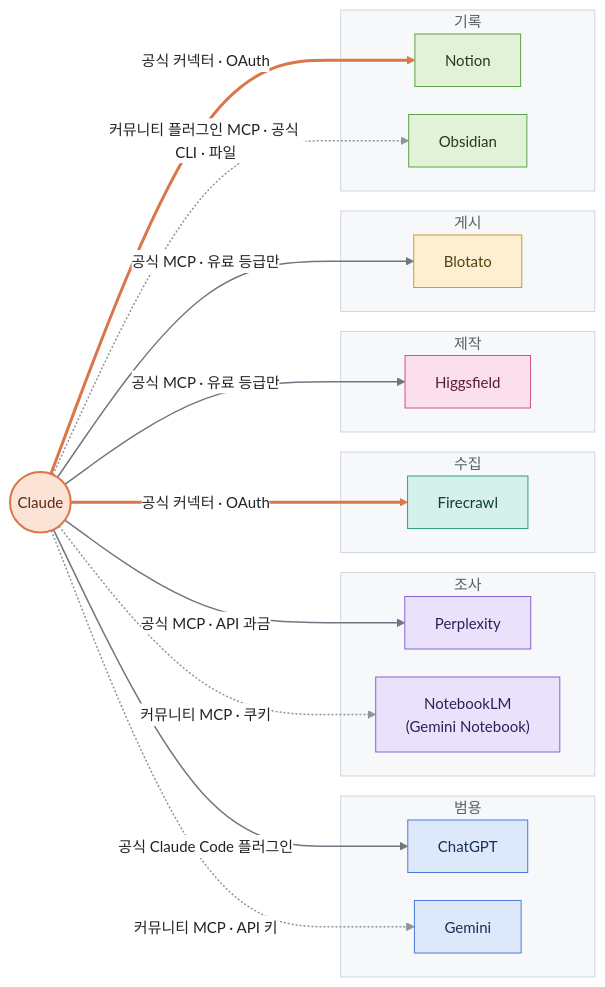
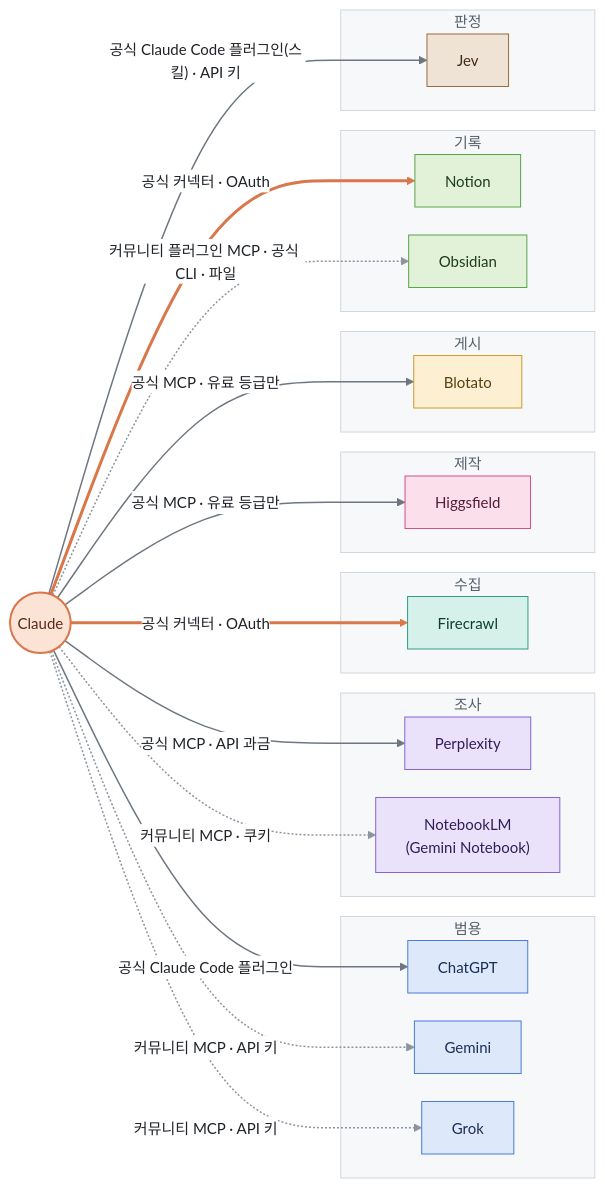
Before and after one commit to Ruminem/ai-crew-atlas: the first of 3 diagrams in TOOLS.md, drawn with Mermaid. The commit also changed other lines of this file and 5 other files, not shown here.

Commit message:
Grok 과 Jev 항목을 새로 넣음. Grok 은 범용 칸에 두고 X 게시물 실시간 검색을 클로드의 빈자리로 더했고, 글 대신 선택지·점수·확률만 돌려주는 Jev 는 새 역할 판정(갈색)으로 둠. 목차·한눈에 보기·관계도·앞뒤 단추·빌드 기대 개수(12)·README·CHANGELOG·조사 시간 표를 같이 고침

````diff
--- a/TOOLS.md
+++ b/TOOLS.md
@@ -36,55 +37,63 @@
 ```mermaid
 %%{init: {"theme": "base", "themeVariables": {"fontSize": "15px", "primaryTextColor": "#1F2328", "textColor": "#1F2328", "lineColor": "#8C959F", "edgeLabelBackground": "#FFFFFF", "clusterBkg": "#F6F8FA", "clusterBorder": "#D0D7DE", "titleColor": "#57606A"}, "flowchart": {"curve": "basis", "nodeSpacing": 28, "rankSpacing": 70}}}%%
 flowchart LR
     C(("Claude"))
 
     subgraph 범용
         GPT["ChatGPT"]
         GEM["Gemini"]
+        GRK["Grok"]
     end
     subgraph 조사
         PPX["Perplexity"]
         NLM["NotebookLM<br/>(Gemini Notebook)"]
     end
     subgraph 수집
         FC["Firecrawl"]
     end
     subgraph 제작
         HF["Higgsfield"]
     end
     subgraph 게시
         BL["Blotato"]
     end
     subgraph 기록
         NO["Notion"]
         OB["Obsidian"]
     end
+    subgraph 판정
+        JEV["Jev"]
+    end
 
     C ==>|"공식 커넥터 · OAuth"| FC
     C ==>|"공식 커넥터 · OAuth"| NO
     C -->|"공식 MCP · API 과금"| PPX
     C -->|"공식 MCP · 유료 등급만"| HF
     C -->|"공식 MCP · 유료 등급만"| BL
     C -->|"공식 Claude Code 플러그인"| GPT
+    C -->|"공식 Claude Code 플러그인(스킬) · API 키"| JEV
     C -.->|"커뮤니티 MCP · API 키"| GEM
+    C -.->|"커뮤니티 MCP · API 키"| GRK
     C -.->|"커뮤니티 MCP · 쿠키"| NLM
     C -.->|"커뮤니티 플러그인 MCP · 공식 CLI · 파일"| OB
 
     classDef claude fill:#FBE3D6,stroke:#D9774A,stroke-width:2px,color:#5A2A12
     classDef general fill:#DDE8FB,stroke:#4C7BD9,color:#1B2E57
     classDef research fill:#EAE2FB,stroke:#8664D6,color:#2E1F57
     classDef collect fill:#D6F1EA,stroke:#2E9E86,color:#0F3D33
     classDef create fill:#FBE0EC,stroke:#D6508A,color:#571B35
     classDef publish fill:#FCEFD2,stroke:#D29A2E,color:#573F0F
     classDef record fill:#E2F2D9,stroke:#5AA44A,color:#1F3D17
+    classDef judge fill:#EFE3D6,stroke:#9A6B3F,color:#3D2A17
     class C claude
-    class GPT,GEM general
+    class GPT,GEM,GRK general
     class PPX,NLM research
     class FC collect
     class HF create
     class BL publish
     class NO,OB record
+    class JEV judge
     linkStyle 0,1 stroke:#D9774A,stroke-width:3px
-    linkStyle 2,3,4,5 stroke:#6E7781,stroke-width:1.5px
-    linkStyle 6,7,8 stroke:#8C959F,stroke-width:1.5px
+    linkStyle 2,3,4,5,6 stroke:#6E7781,stroke-width:1.5px
+    linkStyle 7,8,9,10 stroke:#8C959F,stroke-width:1.5px
 ```
````
